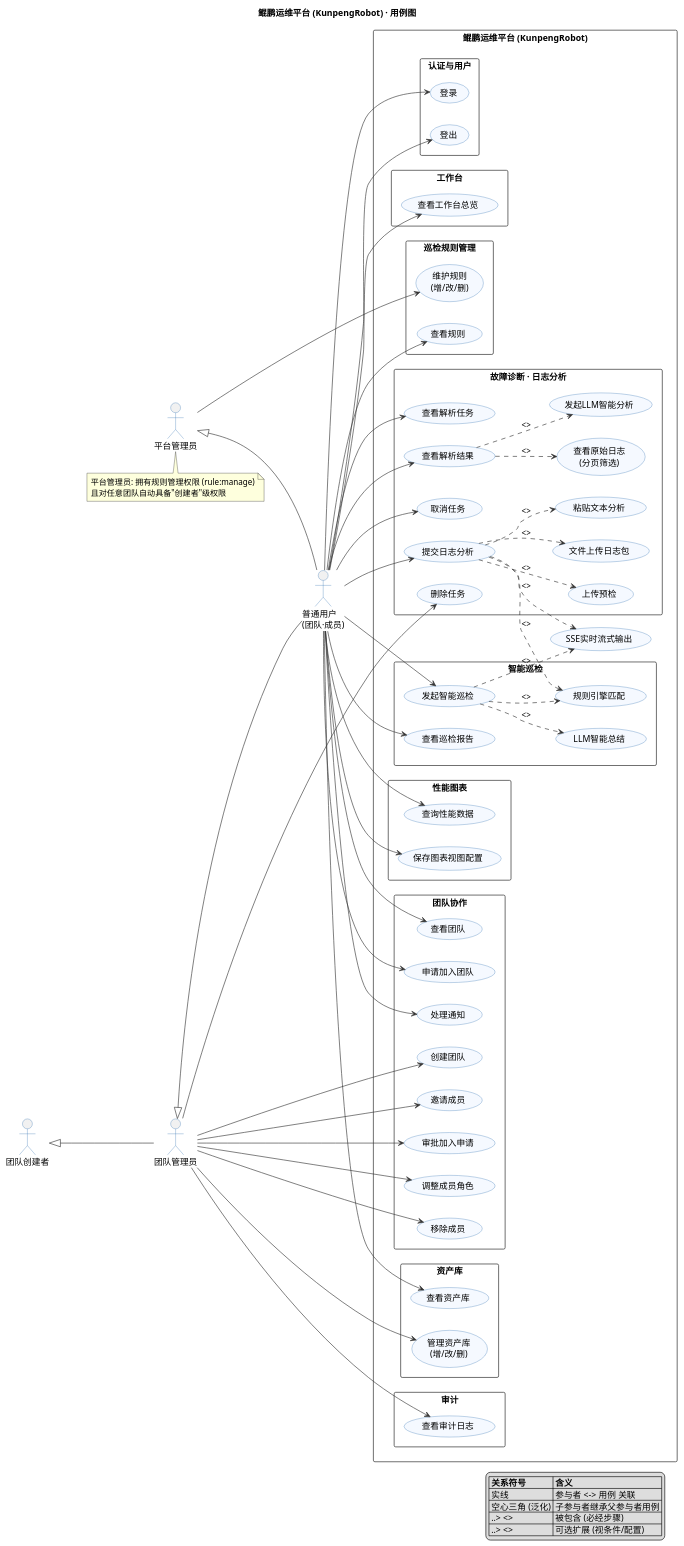
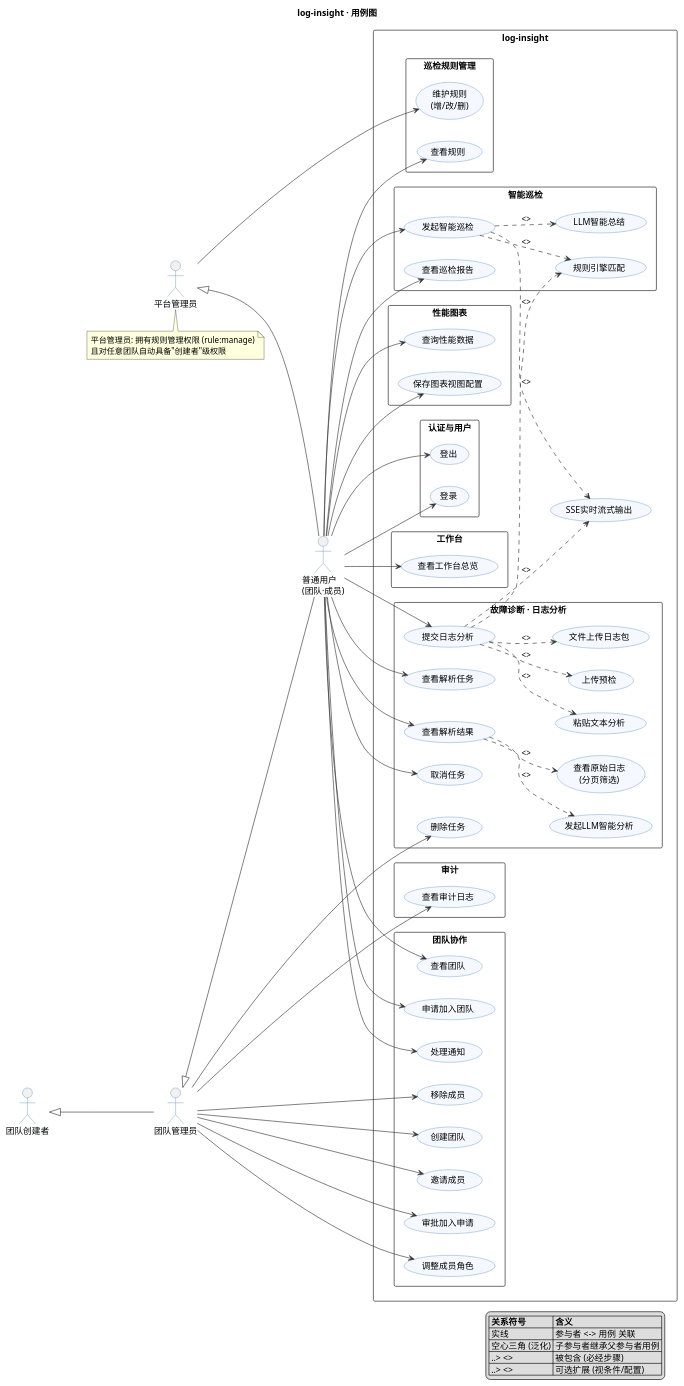
Before and after one commit to openeuler-mirror/log-insight: the diagram in docs/diagrams/用例图.puml, drawn with PlantUML. The commit also changed 37 other files, not shown here.

```diff
--- a/docs/diagrams/用例图.puml
+++ b/docs/diagrams/用例图.puml
@@ -1,146 +1,139 @@
-@startuml 鲲鹏运维平台-用例图
+@startuml log-insight-用例图
 ' ============================================================
-'  鲲鹏运维平台 (KunpengRobot) · UML 用例图
+'  log-insight · UML 用例图
 '  依据: backend/app/api/*.py + frontend/src/rbac/permissions.ts
 '        + frontend/src/router/index.ts (v0.2 已实现)
 '  说明: 双级权限模型 —— 平台级(admin/普通) × 团队级(创建者/管理员/成员)
 '        平台管理员对任意团队具备"创建者"级权限 (is_platform_admin)
 ' ============================================================
 left to right direction
 skinparam shadowing false
 skinparam packageStyle rectangle
 skinparam usecase {
     BackgroundColor #F5F9FF
     BorderColor       #2F6FB0
     ArrowColor        #333333
 }
 skinparam actor {
     BorderColor #2F6FB0
 }
-title 鲲鹏运维平台 (KunpengRobot) · 用例图
+title log-insight · 用例图
 ' ---------- 参与者 (Actors) ----------
 actor "普通用户\n(团队·成员)"     as MEMBER
 actor "团队管理员"              as TADMIN
 actor "团队创建者"              as OWNER
 actor "平台管理员"              as PADMIN
 ' 泛化: 更具体(权限更高) <|-- 更一般 —— 子 actor 继承父 actor 的全部用例
 TADMIN <|-- MEMBER
 OWNER  <|-- TADMIN
 PADMIN <|-- MEMBER
 ' ---------- 系统边界 ----------
-rectangle "鲲鹏运维平台 (KunpengRobot)" as SYS {
+rectangle "log-insight" as SYS {
     ' 认证与用户
     rectangle "认证与用户" {
         usecase "登录"                 as UC_LOGIN
         usecase "登出"                 as UC_LOGOUT
     }
     ' 工作台
     rectangle "工作台" {
         usecase "查看工作台总览"        as UC_DASH
     }
     ' 团队协作
     rectangle "团队协作" {
         usecase "查看团队"             as UC_VTEAM
         usecase "创建团队"             as UC_CTEAM
         usecase "邀请成员"             as UC_INVITE
         usecase "申请加入团队"          as UC_APPLY
         usecase "审批加入申请"          as UC_APPROVE
         usecase "调整成员角色"          as UC_ROLE
         usecase "移除成员"             as UC_REMOVE
         usecase "处理通知"             as UC_NOTICE
-    }
-    ' 资产库
-    rectangle "资产库" {
-        usecase "查看资产库"            as UC_VASSET
-        usecase "管理资产库\n(增/改/删)" as UC_MASSET
     }
     ' 故障诊断 · 日志分析
     rectangle "故障诊断 · 日志分析" {
         usecase "提交日志分析"          as UC_SUBMIT
         usecase "上传预检"             as UC_PRECHECK
         usecase "文件上传日志包"        as UC_UPLOAD
         usecase "粘贴文本分析"          as UC_PASTE
         usecase "查看解析任务"          as UC_LISTTASK
         usecase "查看解析结果"          as UC_RESULT
         usecase "查看原始日志\n(分页筛选)" as UC_RAWLOG
         usecase "发起LLM智能分析"       as UC_LLM
         usecase "取消任务"             as UC_CANCEL
         usecase "删除任务"             as UC_DELTASK
     }
     ' 智能巡检
     rectangle "智能巡检" {
         usecase "发起智能巡检"          as UC_INSPECT
         usecase "规则引擎匹配"          as UC_RULEMATCH
         usecase "LLM智能总结"          as UC_LLM_SUM
         usecase "查看巡检报告"          as UC_INSP_REPORT
     }
     ' 巡检规则管理
     rectangle "巡检规则管理" {
         usecase "查看规则"             as UC_VRULE
         usecase "维护规则\n(增/改/删)"  as UC_MRULE
     }
     ' 性能图表
     rectangle "性能图表" {
         usecase "查询性能数据"          as UC_METRIC
         usecase "保存图表视图配置"      as UC_PREFERENCE
     }
     ' 审计
     rectangle "审计" {
         usecase "查看审计日志"          as UC_AUDIT
     }
     ' 跨切面能力 (诊断/巡检共用)
     usecase "SSE实时流式输出"          as UC_SSE
 }
 ' ---------- include / extend 关系 ----------
 UC_SUBMIT  ..> UC_PRECHECK  : <>
 UC_SUBMIT  ..> UC_UPLOAD    : <>
 UC_SUBMIT  ..> UC_PASTE     : <>
 UC_SUBMIT  ..> UC_RULEMATCH : <>
 UC_SUBMIT  ..> UC_SSE       : <>
 UC_INSPECT ..> UC_RULEMATCH : <>
 UC_INSPECT ..> UC_SSE       : <>
 UC_INSPECT ..> UC_LLM_SUM   : <>
 UC_RESULT  ..> UC_RAWLOG    : <>
 UC_RESULT  ..> UC_LLM       : <>
 ' ---------- 参与者 <-> 用例 关联 ----------
 ' 普通用户 (成员): 基础能力
 MEMBER --> UC_LOGIN
 MEMBER --> UC_LOGOUT
 MEMBER --> UC_DASH
 MEMBER --> UC_VTEAM
 MEMBER --> UC_APPLY
 MEMBER --> UC_NOTICE
-MEMBER --> UC_VASSET
 MEMBER --> UC_SUBMIT
 MEMBER --> UC_LISTTASK
 MEMBER --> UC_RESULT
 MEMBER --> UC_CANCEL
 MEMBER --> UC_INSPECT
 MEMBER --> UC_INSP_REPORT
 MEMBER --> UC_VRULE
 MEMBER --> UC_METRIC
 MEMBER --> UC_PREFERENCE
 ' 团队管理员: 在普通用户之上
 TADMIN --> UC_CTEAM
 TADMIN --> UC_INVITE
 TADMIN --> UC_APPROVE
 TADMIN --> UC_ROLE
 TADMIN --> UC_REMOVE
-TADMIN --> UC_MASSET
 TADMIN --> UC_DELTASK
 TADMIN --> UC_AUDIT
 ' 平台管理员: 在普通用户之上
 PADMIN --> UC_MRULE
 ' ---------- 说明 ----------
 note bottom of PADMIN
   平台管理员: 拥有规则管理权限 (rule:manage)
   且对任意团队自动具备"创建者"级权限
 end note
 legend right
   |= 关系符号 |= 含义 |
   | 实线 | 参与者 <-> 用例 关联 |
   | 空心三角 (泛化) | 子参与者继承父参与者用例 |
   | ..> <> | 被包含 (必经步骤) |
   | ..> <> | 可选扩展 (视条件/配置) |
 endlegend
 @enduml
```
